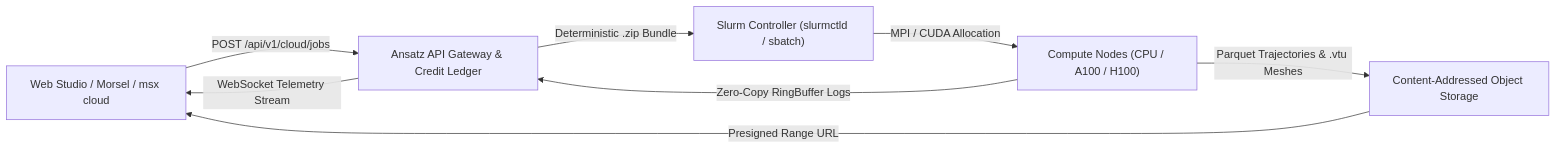
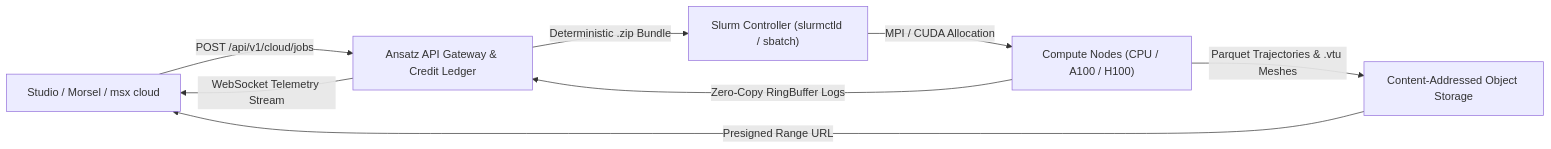
Before and after one commit to modelscript/modelscript: the diagram in apps/docs/docs/ansatz/cloud-hpc.md, drawn with Mermaid. The commit also changed 185 other files, not shown here.

````diff
--- a/apps/docs/docs/ansatz/cloud-hpc.md
+++ b/apps/docs/docs/ansatz/cloud-hpc.md
@@ -14,10 +14,10 @@
 ```mermaid
 flowchart LR
-    A["Web Studio / Morsel / msx cloud"] -->|"POST /api/v1/cloud/jobs"| B["Ansatz API Gateway & Credit Ledger"]
+    A["Studio / Morsel / msx cloud"] -->|"POST /api/v1/cloud/jobs"| B["Ansatz API Gateway & Credit Ledger"]
     B -->|"Deterministic .zip Bundle"| C["Slurm Controller (slurmctld / sbatch)"]
     C -->|"MPI / CUDA Allocation"| D["Compute Nodes (CPU / A100 / H100)"]
     D -->|"Zero-Copy RingBuffer Logs"| B
     B -->|"WebSocket Telemetry Stream"| A
     D -->|"Parquet Trajectories & .vtu Meshes"| E["Content-Addressed Object Storage"]
     E -->|"Presigned Range URL"| A
 ```
````
